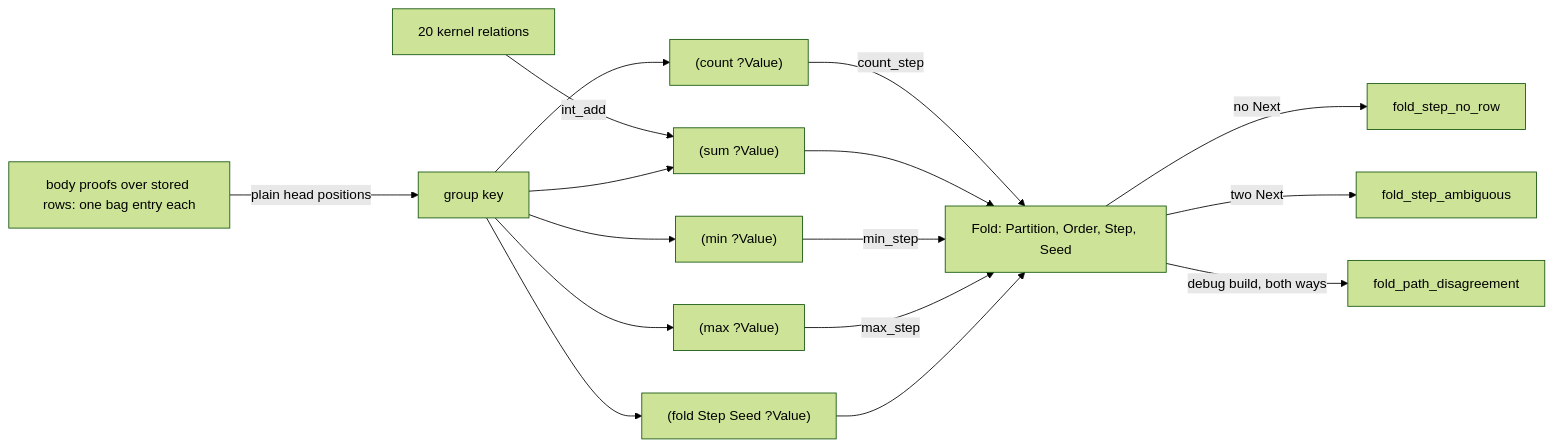
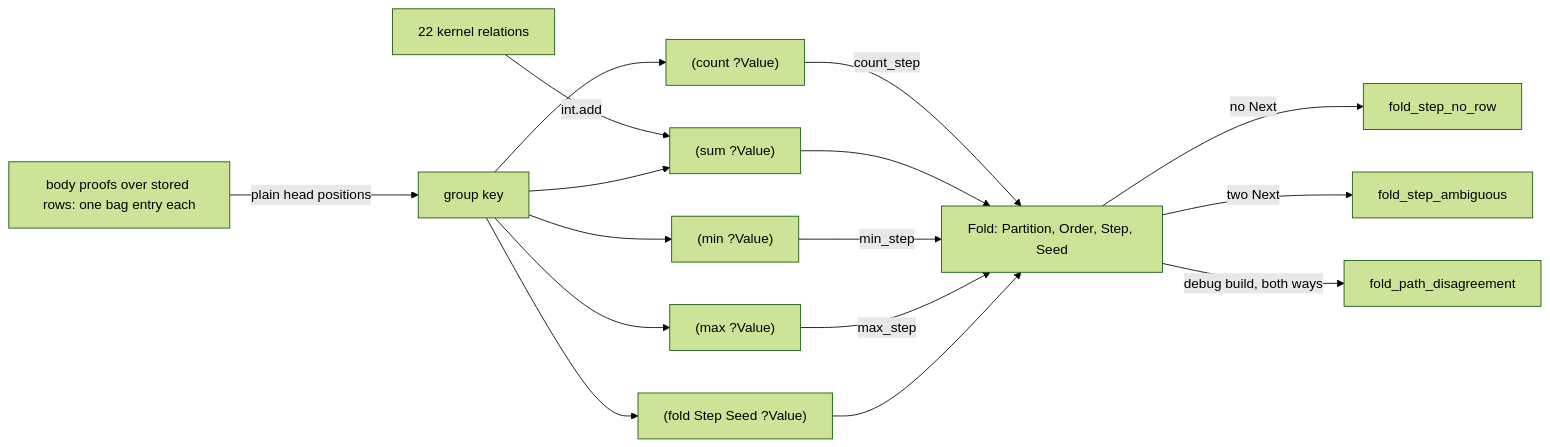
The diagram in book/src/7_aggregate.md (hafley66/sprefa), drawn with Mermaid (forest theme) before and after one commit. The commit also changed other lines of this file and 19 other files, not shown here.

````diff
--- a/book/src/7_aggregate.md
+++ b/book/src/7_aggregate.md
@@ -5,18 +5,18 @@
 ```mermaid
 flowchart LR
-  kernel[20 kernel relations] -->|int_add| sum["(sum ?Value)"]
+  kernel[22 kernel relations] -->|int.add| sum["(sum ?Value)"]
   body[body proofs over stored rows: one bag entry each] -->|plain head positions| group[group key]
   group --> count["(count ?Value)"]
   group --> sum
   group --> min["(min ?Value)"]
   group --> max["(max ?Value)"]
   group --> foldform["(fold Step Seed ?Value)"]
   count -->|count_step| fold[Fold: Partition, Order, Step, Seed]
   sum --> fold
   min -->|min_step| fold
   max -->|max_step| fold
   foldform --> fold
   fold -->|no Next| nostep[fold_step_no_row]
   fold -->|two Next| ambiguous[fold_step_ambiguous]
   fold -->|debug build, both ways| disagree[fold_path_disagreement]
 ```
````
